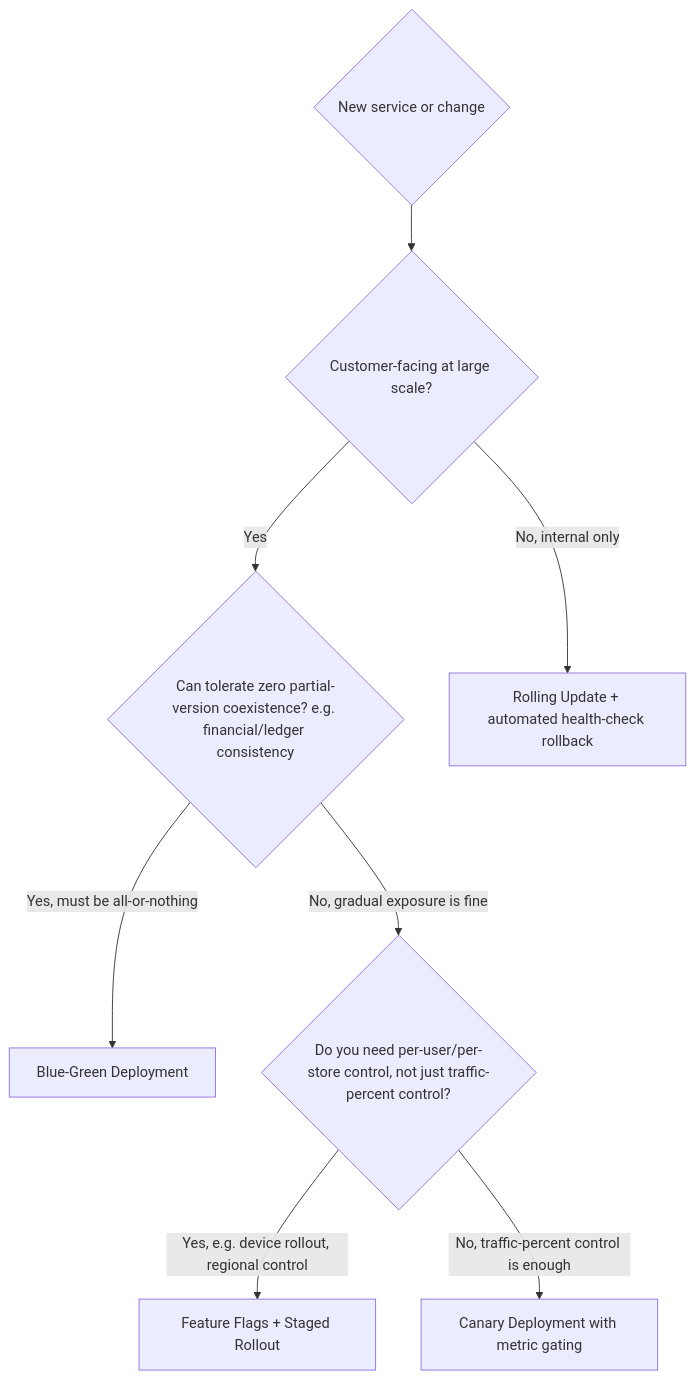
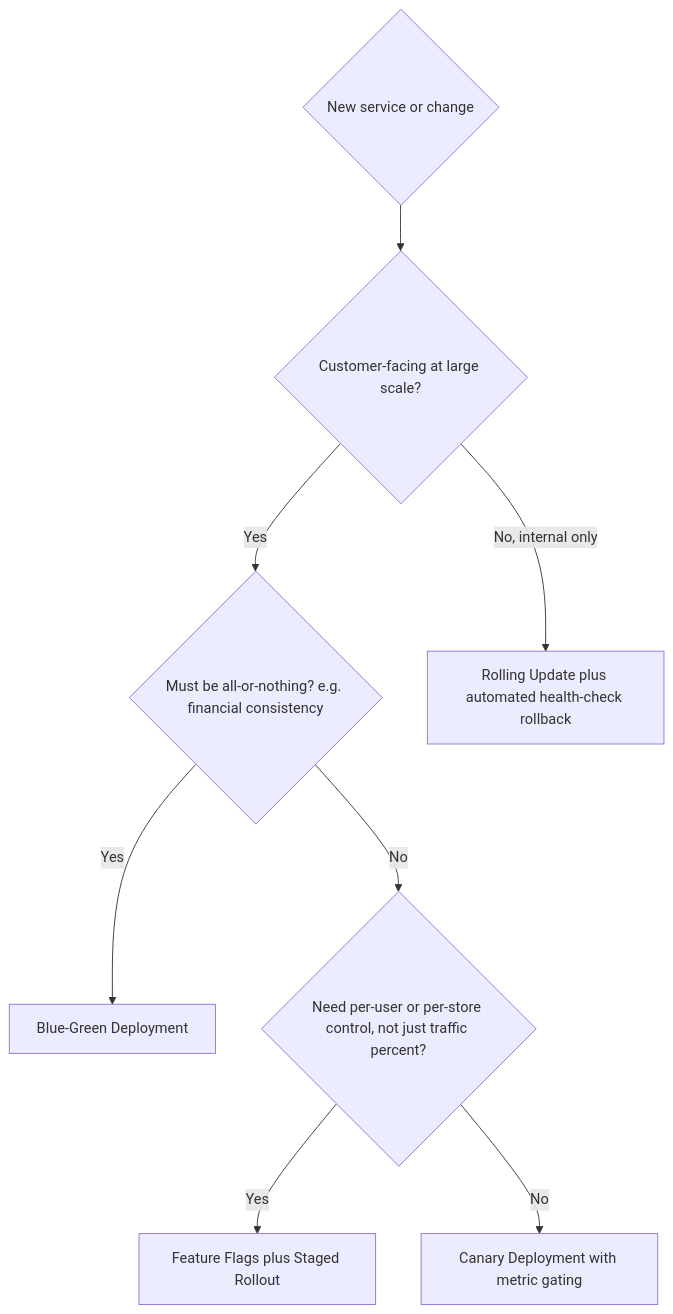
One commit to vilasvarghesescaler/CompanySpecific changed diagram 12 of 12 in IamDistributor.md. Above: the diagram before and after it, drawn with Mermaid. The commit also changed other lines of this file, not shown here.

````diff
--- a/IamDistributor.md
+++ b/IamDistributor.md
@@ -415,12 +408,10 @@
 ```mermaid
 flowchart TD
     Start{New service or change} --> Q1{Customer-facing at large scale?}
-    Q1 -- Yes --> Q2{Can tolerate zero partial-version coexistence? e.g. financial/ledger consistency}
-    Q1 -- No, internal only --> RollingInternal[Rolling Update + automated health-check rollback]
-
-    Q2 -- Yes, must be all-or-nothing --> BlueGreen[Blue-Green Deployment]
-    Q2 -- No, gradual exposure is fine --> Q3{Do you need per-user/per-store control, not just traffic-percent control?}
-
-    Q3 -- Yes, e.g. device rollout, regional control --> FeatureFlags[Feature Flags + Staged Rollout]
-    Q3 -- No, traffic-percent control is enough --> Canary[Canary Deployment with metric gating]
+    Q1 -- Yes --> Q2{Must be all-or-nothing? e.g. financial consistency}
+    Q1 -- No, internal only --> RollingInternal[Rolling Update plus automated health-check rollback]
+    Q2 -- Yes --> BlueGreen[Blue-Green Deployment]
+    Q2 -- No --> Q3{Need per-user or per-store control, not just traffic percent?}
+    Q3 -- Yes --> FeatureFlags[Feature Flags plus Staged Rollout]
+    Q3 -- No --> Canary[Canary Deployment with metric gating]
 ```
````
